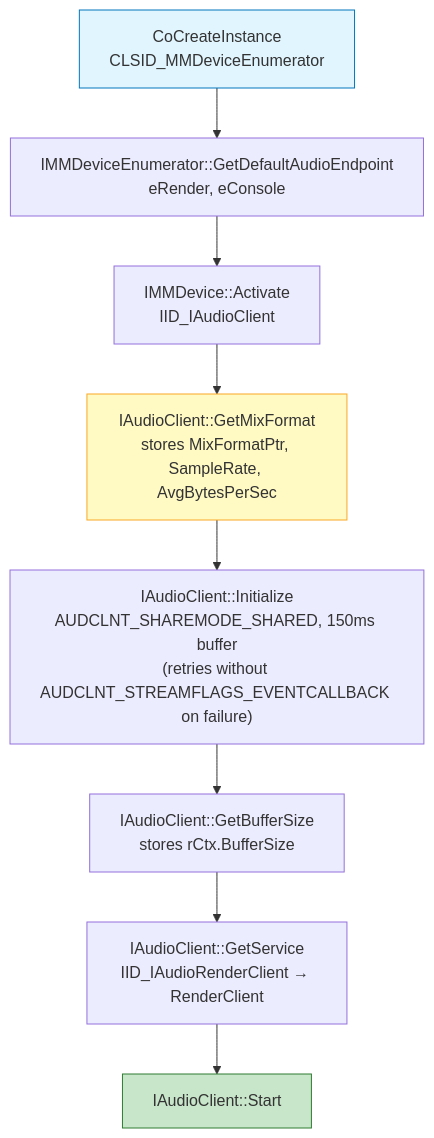
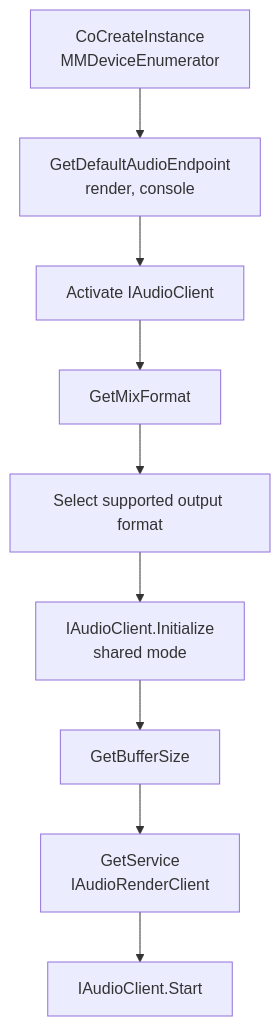
Before and after one commit to vbacollective/riff: the third of 8 diagrams in docs/ARCHITECTURE.md, drawn with Mermaid. The commit also changed other lines of this file, not shown here.

````diff
--- a/docs/ARCHITECTURE.md
+++ b/docs/ARCHITECTURE.md
@@ -213,17 +321,14 @@
 ```mermaid
 graph TD
-    A["CoCreateInstance<br/>CLSID_MMDeviceEnumerator"]
-    B["IMMDeviceEnumerator::GetDefaultAudioEndpoint<br/>eRender, eConsole"]
-    C["IMMDevice::Activate<br/>IID_IAudioClient"]
-    D["IAudioClient::GetMixFormat<br/>stores MixFormatPtr, SampleRate, AvgBytesPerSec"]
-    E["IAudioClient::Initialize<br/>AUDCLNT_SHAREMODE_SHARED, 150ms buffer<br/>(retries without AUDCLNT_STREAMFLAGS_EVENTCALLBACK on failure)"]
-    F["IAudioClient::GetBufferSize<br/>stores rCtx.BufferSize"]
-    G["IAudioClient::GetService<br/>IID_IAudioRenderClient → RenderClient"]
-    H["IAudioClient::Start"]
+    A["CoCreateInstance<br/>MMDeviceEnumerator"]
+    B["GetDefaultAudioEndpoint<br/>render, console"]
+    C["Activate IAudioClient"]
+    D["GetMixFormat"]
+    E["Select supported output format"]
+    F["IAudioClient.Initialize<br/>shared mode"]
+    G["GetBufferSize"]
+    H["GetService<br/>IAudioRenderClient"]
+    I["IAudioClient.Start"]
 
-    A --> B --> C --> D --> E --> F --> G --> H
-
-    style A fill:#e1f5fe,stroke:#0277bd
-    style D fill:#fff9c4,stroke:#f9a825
-    style H fill:#c8e6c9,stroke:#2e7d32
+    A --> B --> C --> D --> E --> F --> G --> H --> I
 ```
````
